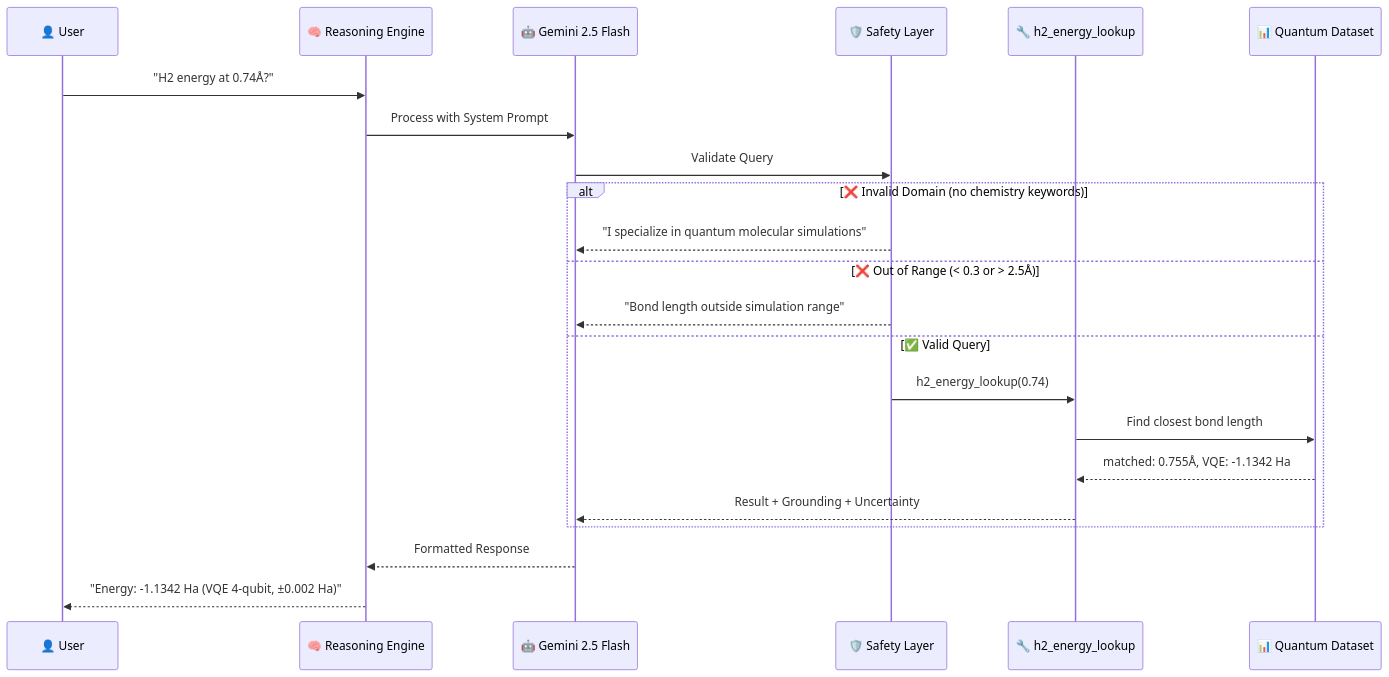
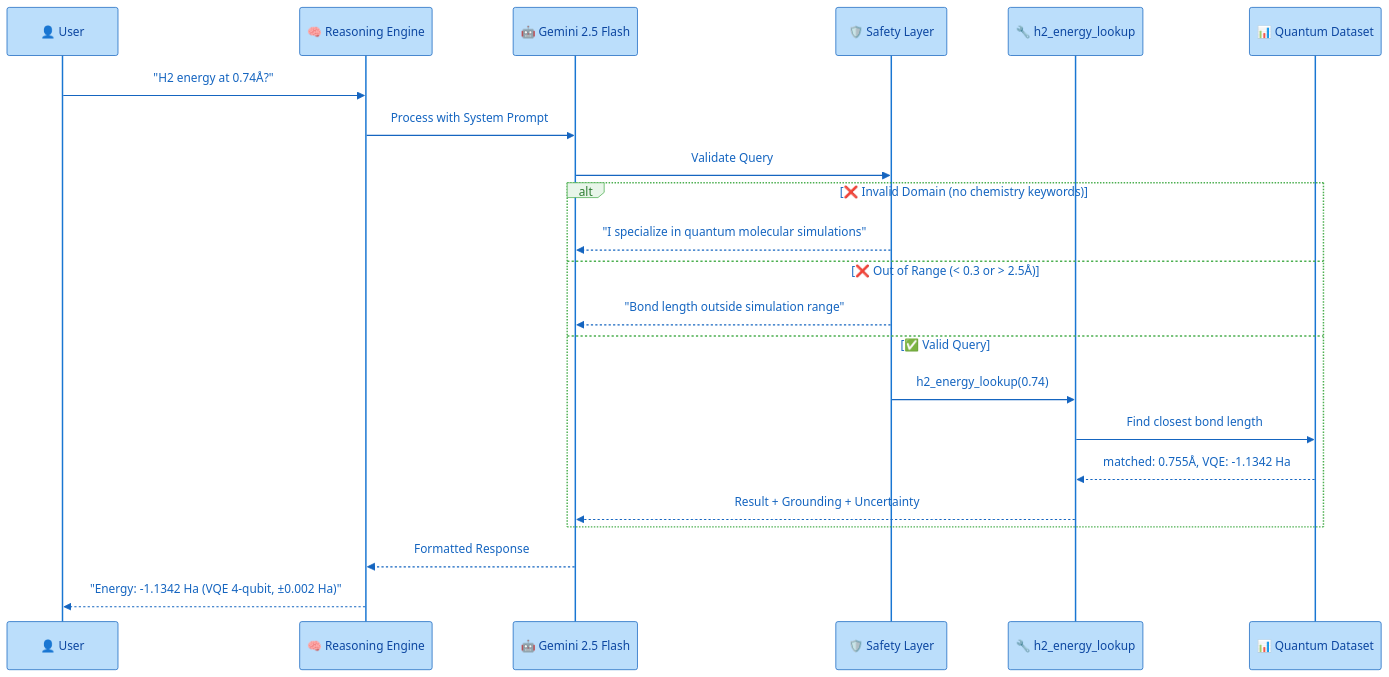
One commit to shashankshekharraj/QuantumSynth_AI changed the second of 2 diagrams in README.md. Above: the diagram before and after it, drawn with Mermaid. The commit also changed other lines of this file, not shown here.

First line of the commit message:
Update Mermaid diagrams with light colorful theme

````diff
--- a/README.md
+++ b/README.md
@@ -90,27 +100,28 @@
 ```mermaid
+%%{init: {'theme': 'base', 'themeVariables': { 'primaryColor': '#E3F2FD', 'primaryTextColor': '#1565C0', 'primaryBorderColor': '#1976D2', 'lineColor': '#1976D2', 'secondaryColor': '#FFF8E1', 'tertiaryColor': '#FFFFFF', 'background': '#FFFFFF', 'actorBkg': '#BBDEFB', 'actorBorder': '#1565C0', 'actorTextColor': '#0D47A1', 'actorLineColor': '#1976D2', 'signalColor': '#1565C0', 'signalTextColor': '#1565C0', 'labelBoxBkgColor': '#E8F5E9', 'labelBoxBorderColor': '#4CAF50', 'labelTextColor': '#2E7D32', 'loopTextColor': '#1565C0', 'noteBkgColor': '#FFF8E1', 'noteTextColor': '#F57F17', 'noteBorderColor': '#FFC107', 'activationBkgColor': '#E1F5FE', 'activationBorderColor': '#03A9F4', 'sequenceNumberColor': '#FFFFFF'}}}%%
 sequenceDiagram
     participant U as 👤 User
     participant R as 🧠 Reasoning Engine
     participant G as 🤖 Gemini 2.5 Flash
     participant S as 🛡️ Safety Layer
     participant T as 🔧 h2_energy_lookup
     participant D as 📊 Quantum Dataset
 
     U->>R: "H2 energy at 0.74Å?"
     R->>G: Process with System Prompt
     G->>S: Validate Query
 
     alt ❌ Invalid Domain (no chemistry keywords)
         S-->>G: "I specialize in quantum molecular simulations"
     else ❌ Out of Range (< 0.3 or > 2.5Å)
         S-->>G: "Bond length outside simulation range"
     else ✅ Valid Query
         S->>T: h2_energy_lookup(0.74)
         T->>D: Find closest bond length
         D-->>T: matched: 0.755Å, VQE: -1.1342 Ha
         T-->>G: Result + Grounding + Uncertainty
     end
 
     G-->>R: Formatted Response
     R-->>U: "Energy: -1.1342 Ha (VQE 4-qubit, ±0.002 Ha)"
 ```
````
